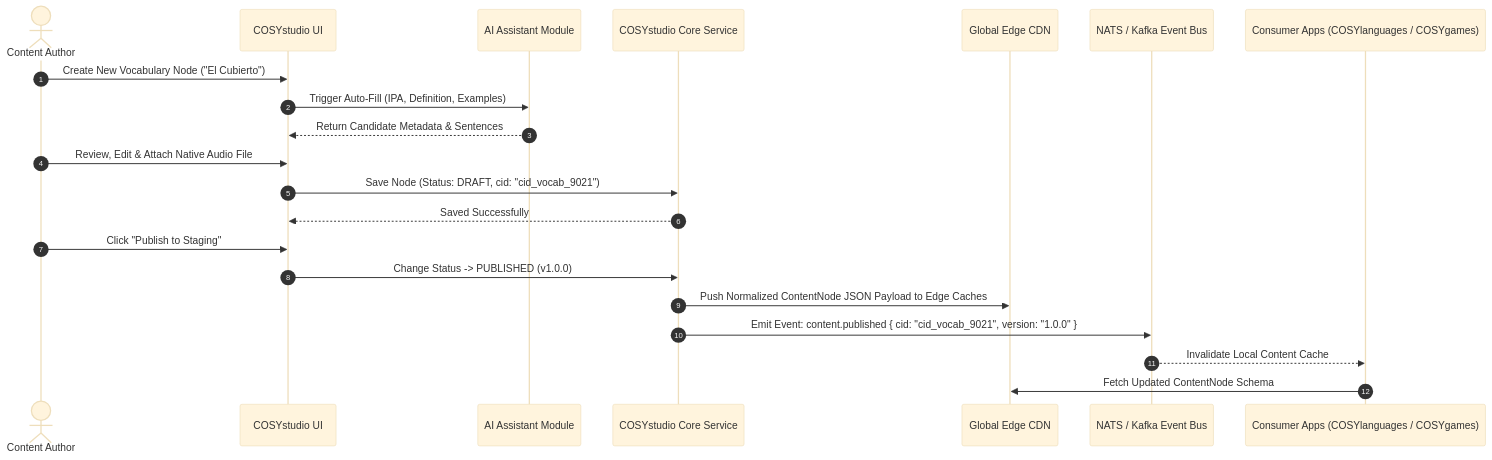
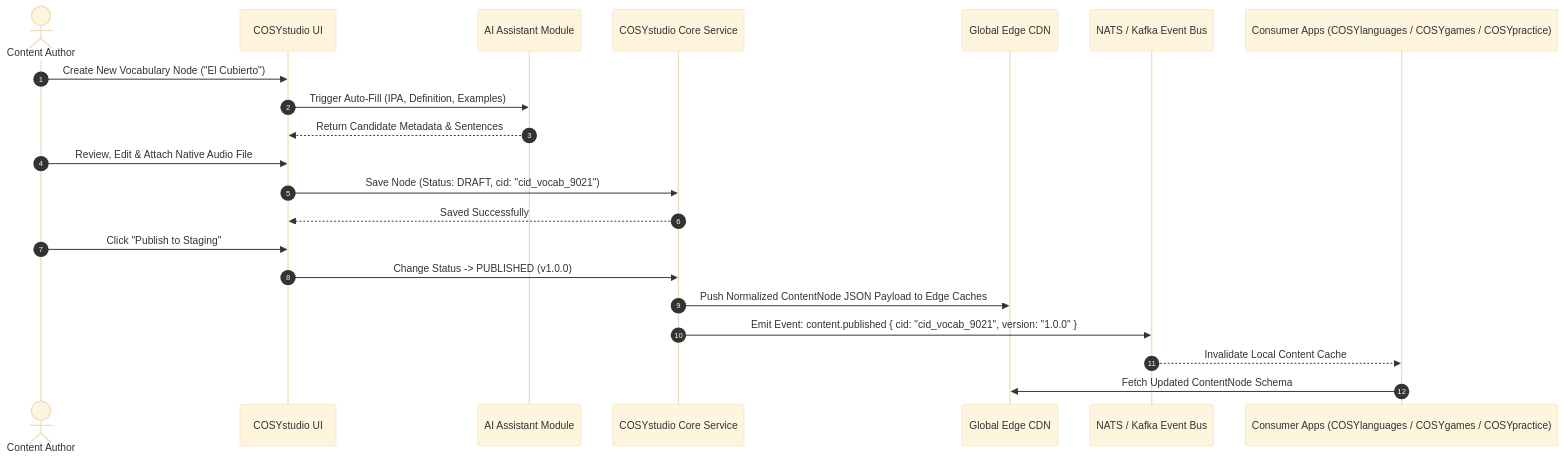
Before and after one commit to cosylanguages/COSYstudio: the first of 2 diagrams in ARCHITECTURE.md, drawn with Mermaid (base theme). The commit also changed other lines of this file and 1 other file, not shown here.

First line of the commit message:
Complete COSYstudio Content Operating System architecture & 12-module UX specification

````diff
--- a/ARCHITECTURE.md
+++ b/ARCHITECTURE.md
@@ -338,25 +387,25 @@
 ```mermaid
 sequenceDiagram
     autonumber
     actor Author as Content Author
     participant StudioUI as COSYstudio UI
     participant AI as AI Assistant Module
     participant Core as COSYstudio Core Service
     participant CDN as Global Edge CDN
     participant EventBus as NATS / Kafka Event Bus
-    participant Consumer as Consumer Apps (COSYlanguages / COSYgames)
+    participant Consumer as Consumer Apps (COSYlanguages / COSYgames / COSYpractice)
 
     Author->>StudioUI: Create New Vocabulary Node ("El Cubierto")
     StudioUI->>AI: Trigger Auto-Fill (IPA, Definition, Examples)
     AI-->>StudioUI: Return Candidate Metadata & Sentences
     Author->>StudioUI: Review, Edit & Attach Native Audio File
     StudioUI->>Core: Save Node (Status: DRAFT, cid: "cid_vocab_9021")
     Core-->>StudioUI: Saved Successfully
 
     Author->>StudioUI: Click "Publish to Staging"
     StudioUI->>Core: Change Status -> PUBLISHED (v1.0.0)
     Core->>CDN: Push Normalized ContentNode JSON Payload to Edge Caches
     Core->>EventBus: Emit Event: content.published { cid: "cid_vocab_9021", version: "1.0.0" }
     EventBus-->>Consumer: Invalidate Local Content Cache
     Consumer->>CDN: Fetch Updated ContentNode Schema
 ```
````
